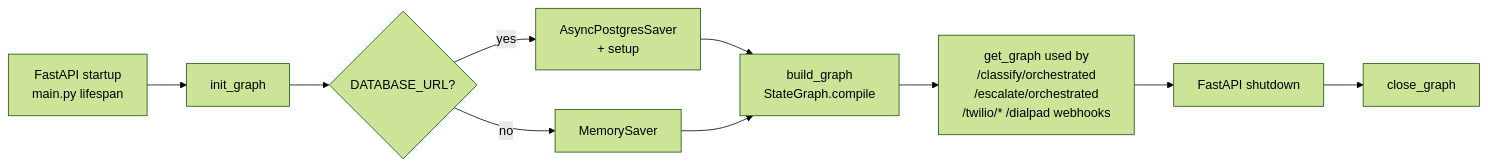
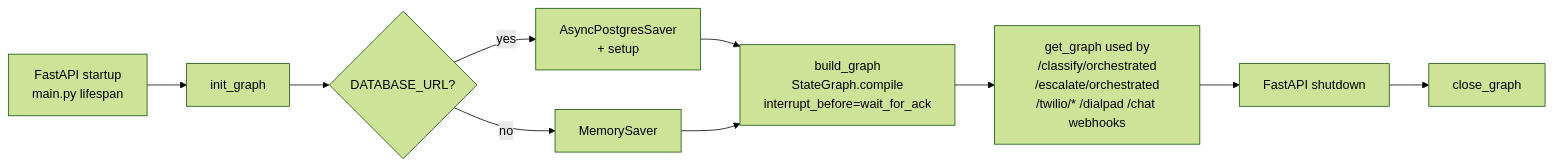
Before and after one commit to shankasf/afterhour_escalation: the second of 2 diagrams in README.md, drawn with Mermaid (forest theme). The commit also changed other lines of this file, not shown here.

First line of the commit message:
docs: rewrite LangGraph flowchart from actual node source

````diff
--- a/README.md
+++ b/README.md
@@ -170,11 +202,11 @@
 ```mermaid
 flowchart LR
     A[FastAPI startup<br/>main.py lifespan] --> B[init_graph]
     B --> C{DATABASE_URL?}
     C -- yes --> D[AsyncPostgresSaver<br/>+ setup]
     C -- no --> E[MemorySaver]
-    D --> F[build_graph<br/>StateGraph.compile]
+    D --> F[build_graph<br/>StateGraph.compile<br/>interrupt_before=wait_for_ack]
     E --> F
-    F --> G[get_graph used by<br/>/classify/orchestrated<br/>/escalate/orchestrated<br/>/twilio/* /dialpad webhooks]
+    F --> G[get_graph used by<br/>/classify/orchestrated<br/>/escalate/orchestrated<br/>/twilio/* /dialpad /chat webhooks]
     G --> H[FastAPI shutdown] --> I[close_graph]
 ```
````
